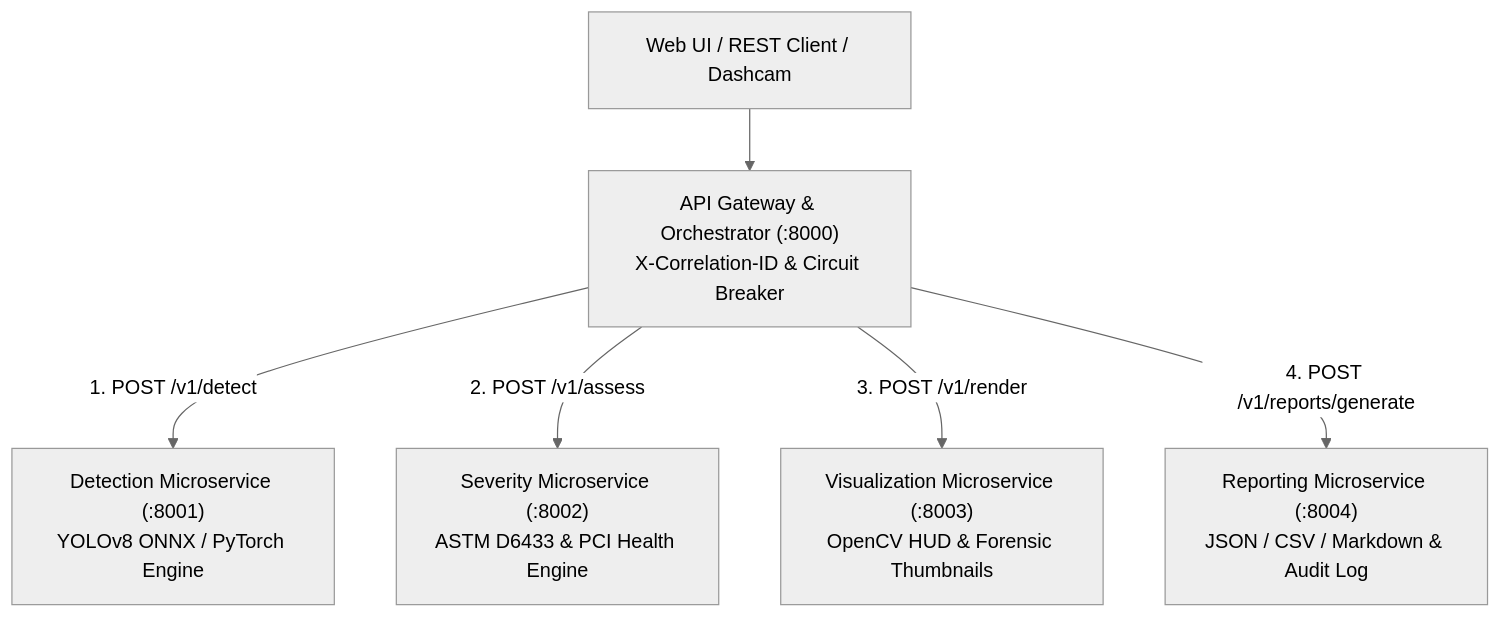
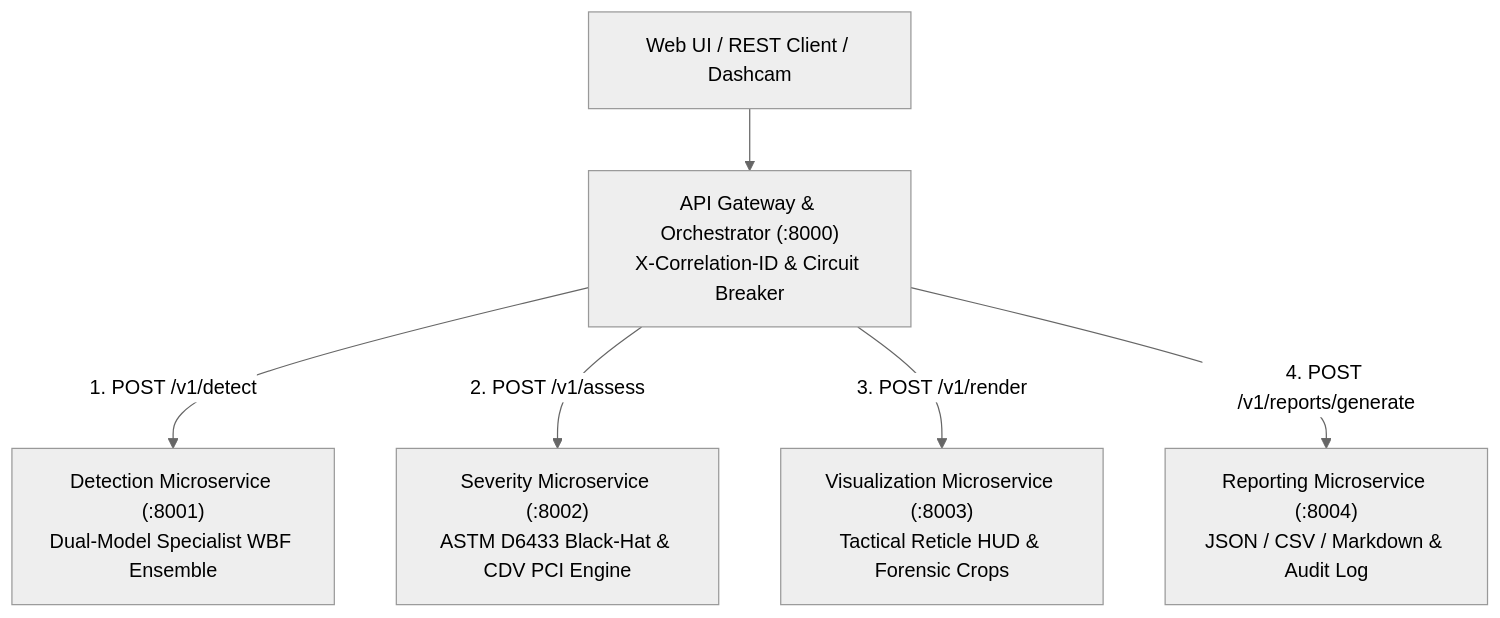
The diagram in README.md (drkanurag/Road-Damage-Detection-and-Severity-Assessment), drawn with Mermaid (neutral theme) before and after one commit. The commit also changed other lines of this file and 6 other files, not shown here.

````diff
--- a/README.md
+++ b/README.md
@@ -53,9 +53,9 @@
 ```mermaid
 flowchart TD
     Client["Web UI / REST Client / Dashcam"] --> GW["API Gateway & Orchestrator (:8000)<br>X-Correlation-ID & Circuit Breaker"]
     
-    GW -->|"1. POST /v1/detect"| S1["Detection Microservice (:8001)<br>YOLOv8 ONNX / PyTorch Engine"]
-    GW -->|"2. POST /v1/assess"| S2["Severity Microservice (:8002)<br>ASTM D6433 & PCI Health Engine"]
-    GW -->|"3. POST /v1/render"| S3["Visualization Microservice (:8003)<br>OpenCV HUD & Forensic Thumbnails"]
+    GW -->|"1. POST /v1/detect"| S1["Detection Microservice (:8001)<br>Dual-Model Specialist WBF Ensemble"]
+    GW -->|"2. POST /v1/assess"| S2["Severity Microservice (:8002)<br>ASTM D6433 Black-Hat & CDV PCI Engine"]
+    GW -->|"3. POST /v1/render"| S3["Visualization Microservice (:8003)<br>Tactical Reticle HUD & Forensic Crops"]
     GW -->|"4. POST /v1/reports/generate"| S4["Reporting Microservice (:8004)<br>JSON / CSV / Markdown & Audit Log"]
 ```
````
